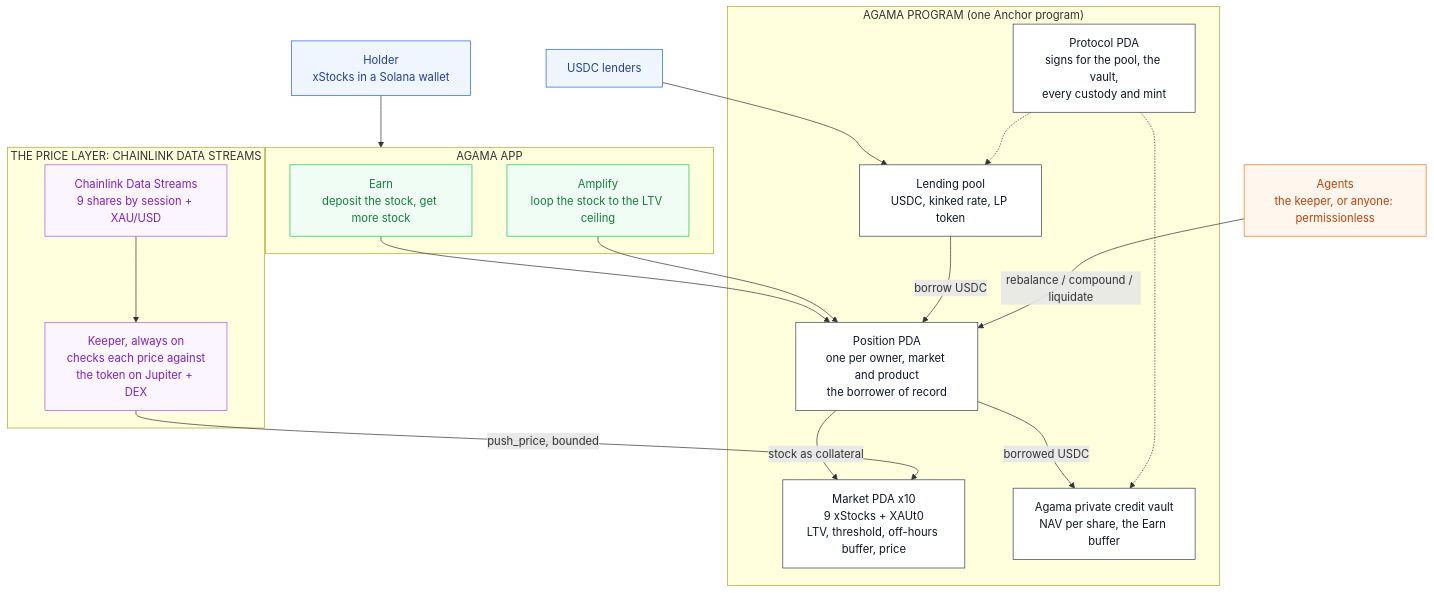
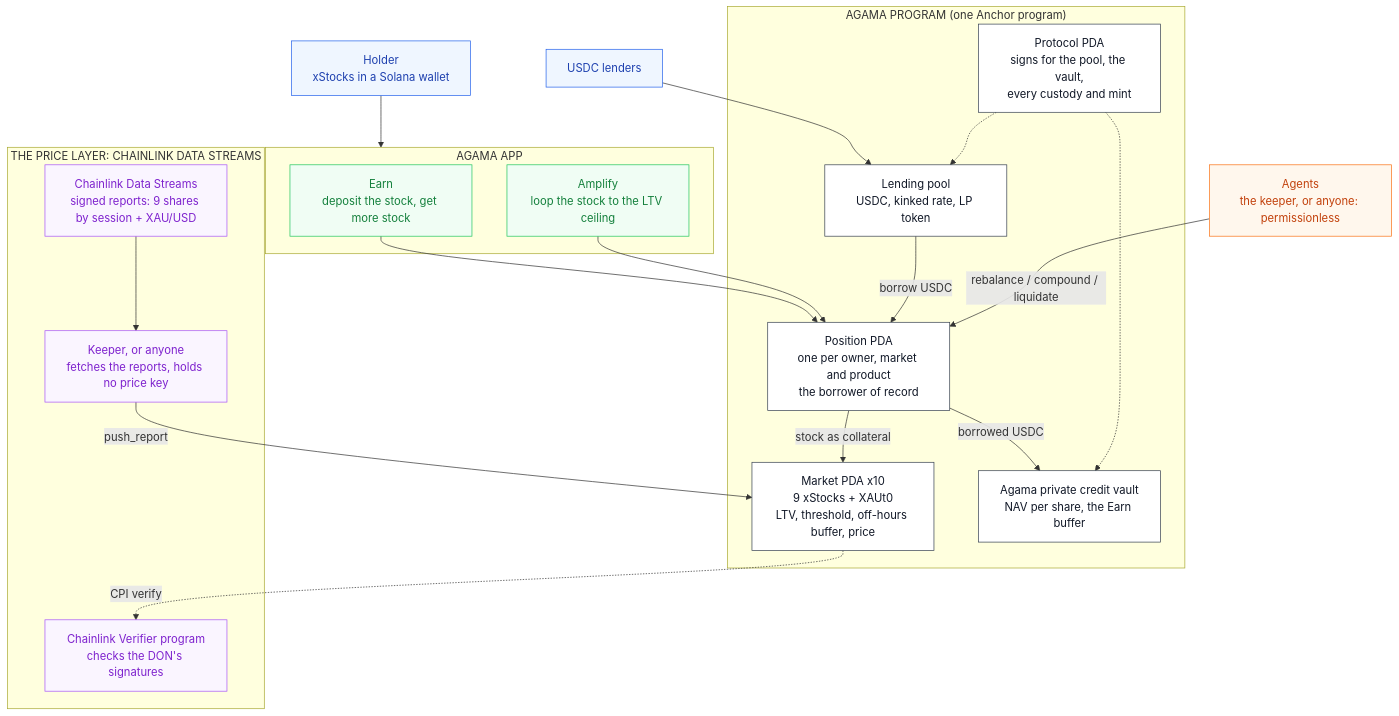
One commit to agamafinance/agama-solana changed the diagram in README.md. Above: the diagram before and after it, drawn with Mermaid. The commit also changed other lines of this file and 29 other files, not shown here.

First line of the commit message:
feat: every price is a Chainlink report verified on chain

````diff
--- a/README.md
+++ b/README.md
@@ -63,50 +63,52 @@
 ```mermaid
 flowchart TB
     USER["Holder<br/>xStocks in a Solana wallet"]
 
     subgraph app["AGAMA APP"]
         EARN["Earn<br/>deposit the stock, get more stock"]
         AMP["Amplify<br/>loop the stock to the LTV ceiling"]
     end
 
     subgraph program["AGAMA PROGRAM (one Anchor program)"]
         POS["Position PDA<br/>one per owner, market and product<br/>the borrower of record"]
         MKT["Market PDA x10<br/>9 xStocks + XAUt0<br/>LTV, threshold, off-hours buffer, price"]
         POOL["Lending pool<br/>USDC, kinked rate, LP token"]
         VAULT["Agama private credit vault<br/>NAV per share, the Earn buffer"]
         PROTO["Protocol PDA<br/>signs for the pool, the vault,<br/>every custody and mint"]
     end
 
     subgraph price["THE PRICE LAYER: CHAINLINK DATA STREAMS"]
-        DS["Chainlink Data Streams<br/>9 shares by session + XAU/USD"]
-        KEEPER["Keeper, always on<br/>checks each price against<br/>the token on Jupiter + DEX"]
+        DS["Chainlink Data Streams<br/>signed reports: 9 shares by session + XAU/USD"]
+        KEEPER["Keeper, or anyone<br/>fetches the reports, holds no price key"]
+        VERIFIER["Chainlink Verifier program<br/>checks the DON's signatures"]
     end
 
     AGENTS["Agents<br/>the keeper, or anyone: permissionless"]
     LENDERS["USDC lenders"]
 
     USER --> app
     EARN --> POS
     AMP --> POS
     LENDERS --> POOL
     POS -->|"stock as collateral"| MKT
     POOL -->|"borrow USDC"| POS
     POS -->|"borrowed USDC"| VAULT
     AGENTS -->|"rebalance / compound / liquidate"| POS
     DS --> KEEPER
-    KEEPER -->|"push_price, bounded"| MKT
+    KEEPER -->|"push_report"| MKT
+    MKT -.->|"CPI verify"| VERIFIER
     PROTO -.-> POOL
     PROTO -.-> VAULT
 
     classDef actor fill:#eff6ff,stroke:#2563eb,color:#1e40af
     classDef product fill:#f0fdf4,stroke:#22c55e,color:#15803d
     classDef core fill:#ffffff,stroke:#374151,color:#111827
     classDef oracle fill:#faf5ff,stroke:#a855f7,color:#7e22ce
     classDef bot fill:#fff7ed,stroke:#f97316,color:#c2410c
 
     class USER,LENDERS actor
     class EARN,AMP product
     class POS,MKT,POOL,VAULT,PROTO core
-    class DS,KEEPER oracle
+    class DS,KEEPER,VERIFIER oracle
     class AGENTS bot
 ```
````
